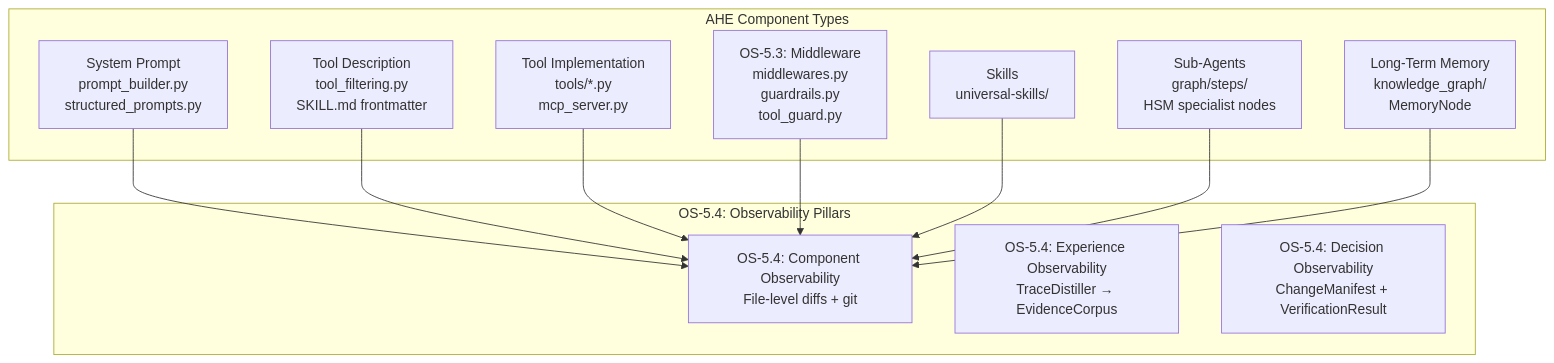
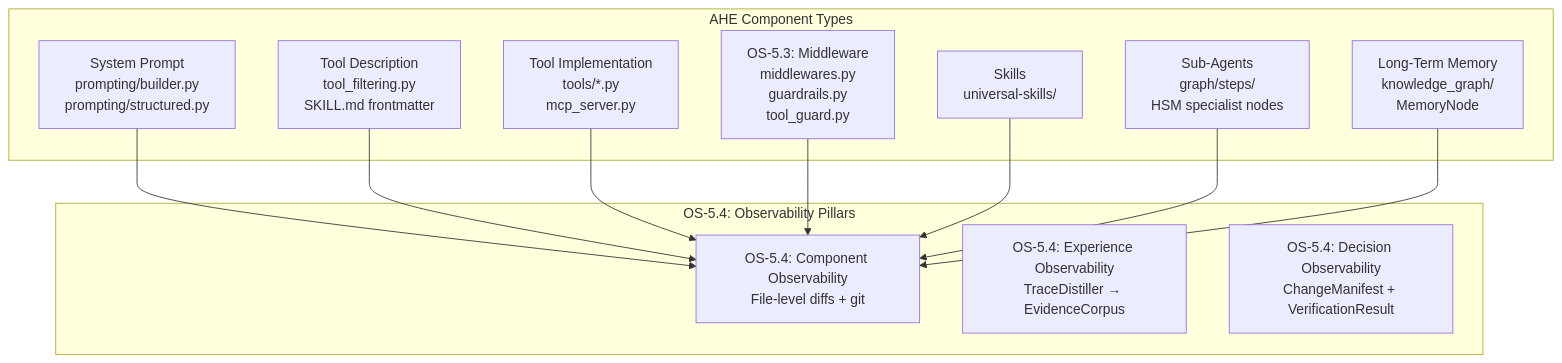
One commit to Knuckles-Team/agent-utilities changed the second of 3 diagrams in docs/guides/AHE_ARCHITECTURE.md. Above: the diagram before and after it, drawn with Mermaid. The commit also changed 1 other file, not shown here.

Commit message:
docs(prompts): refresh prompt-format README to canonical schema + fix stale structured_prompts.py refs (ORCH-1.80)

````diff
--- a/docs/guides/AHE_ARCHITECTURE.md
+++ b/docs/guides/AHE_ARCHITECTURE.md
@@ -40,26 +40,26 @@
 ```mermaid
 graph TD
     subgraph "AHE Component Types"
-        SP["System Prompt<br>prompt_builder.py<br>structured_prompts.py"]
+        SP["System Prompt<br>prompting/builder.py<br>prompting/structured.py"]
         TD["Tool Description<br>tool_filtering.py<br>SKILL.md frontmatter"]
         TI["Tool Implementation<br>tools/*.py<br>mcp_server.py"]
         MW["OS-5.3: Middleware<br>middlewares.py<br>guardrails.py<br>tool_guard.py"]
         SK["Skills<br>universal-skills/"]
         SA["Sub-Agents<br>graph/steps/<br>HSM specialist nodes"]
         LM["Long-Term Memory<br>knowledge_graph/<br>MemoryNode"]
     end
 
     subgraph "OS-5.4: Observability Pillars"
         CO["OS-5.4: Component Observability<br>File-level diffs + git"]
         EO["OS-5.4: Experience Observability<br>TraceDistiller → EvidenceCorpus"]
         DO["OS-5.4: Decision Observability<br>ChangeManifest + VerificationResult"]
     end
 
     SP --> CO
     TD --> CO
     TI --> CO
     MW --> CO
     SK --> CO
     SA --> CO
     LM --> CO
 ```
````
